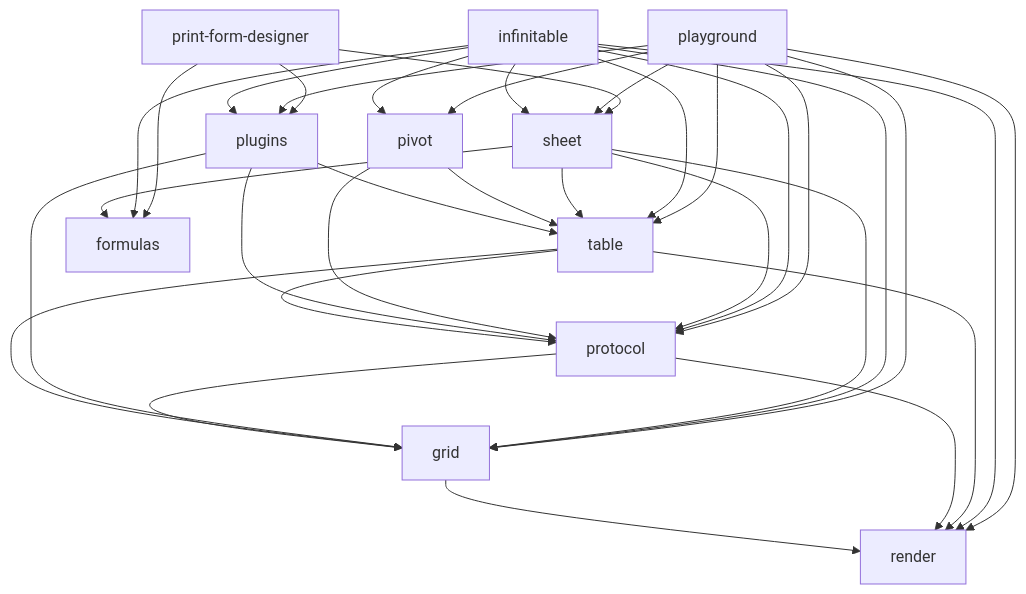
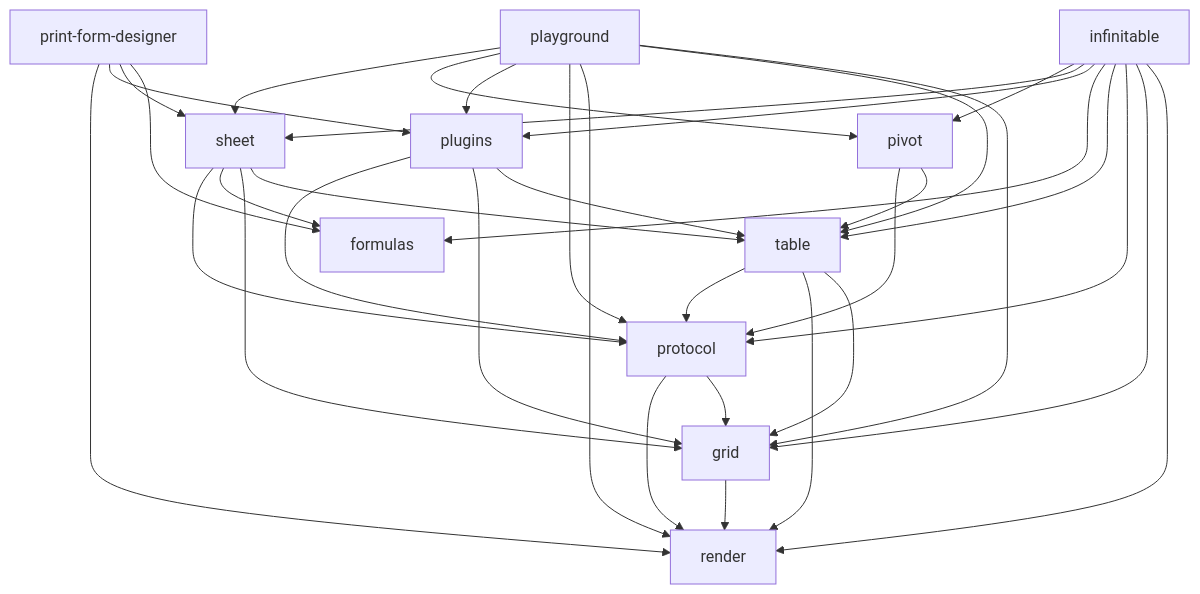
Before and after one commit to cabinet-fe/infinite-table: the diagram in .agents/docs/CODE-MAP.md, drawn with Mermaid. The commit also changed other lines of this file and 57 other files, not shown here.

First line of the commit message:
refactor(print-form-designer): 契约/领域/表现三层分置，取数与校验单源化

````diff
--- a/.agents/docs/CODE-MAP.md
+++ b/.agents/docs/CODE-MAP.md
@@ -91,36 +91,37 @@
 ```mermaid
 graph TD
     grid --> render
     protocol --> grid
     protocol --> render
     table --> grid
     table --> render
     table --> protocol
     plugins --> table
     plugins --> grid
     plugins --> protocol
     pivot --> table
     pivot --> protocol
     sheet --> table
     sheet --> grid
     sheet --> formulas
     sheet --> protocol
     infinitable --> render
     infinitable --> grid
     infinitable --> protocol
     infinitable --> table
     infinitable --> formulas
     infinitable --> plugins
     infinitable --> sheet
     infinitable --> pivot
     playground --> grid
     playground --> table
     playground --> render
     playground --> protocol
     playground --> plugins
     playground --> pivot
     playground --> sheet
     print-form-designer --> formulas
     print-form-designer --> sheet
     print-form-designer --> plugins
+    print-form-designer --> render
 ```
````
